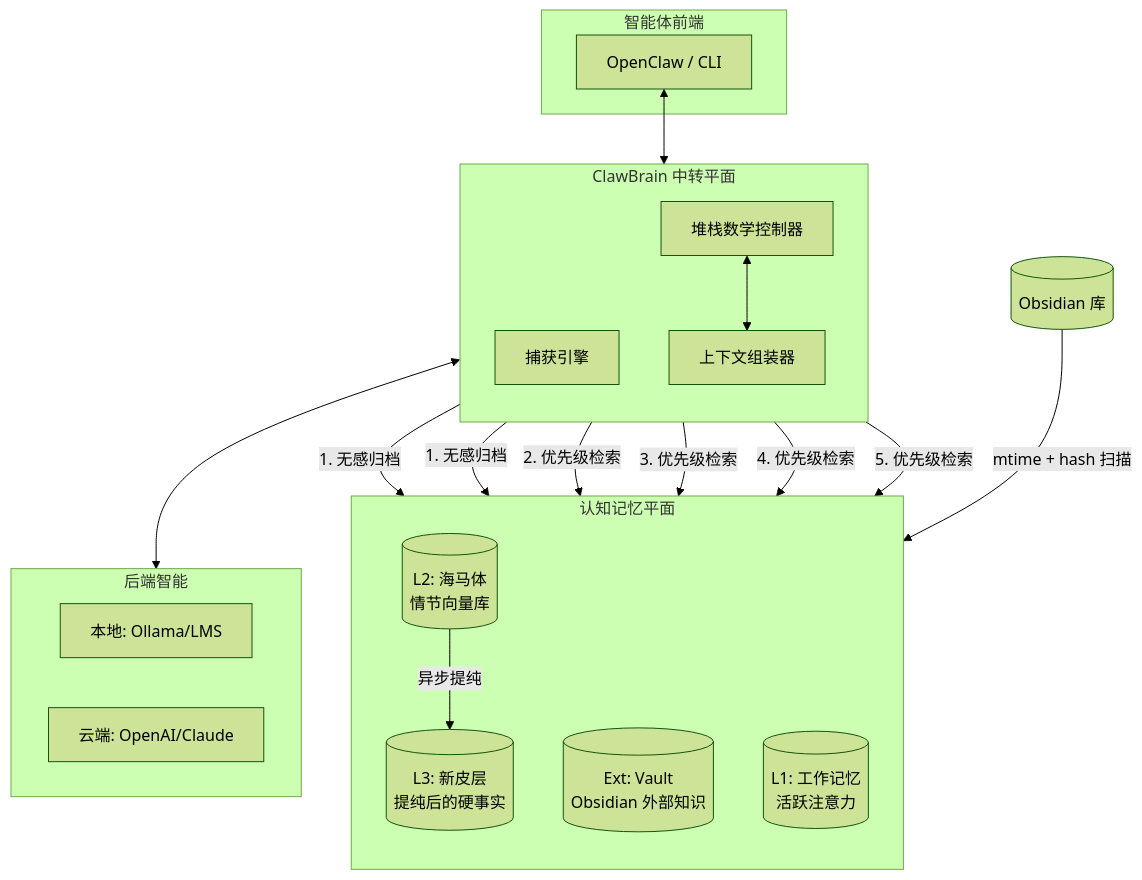
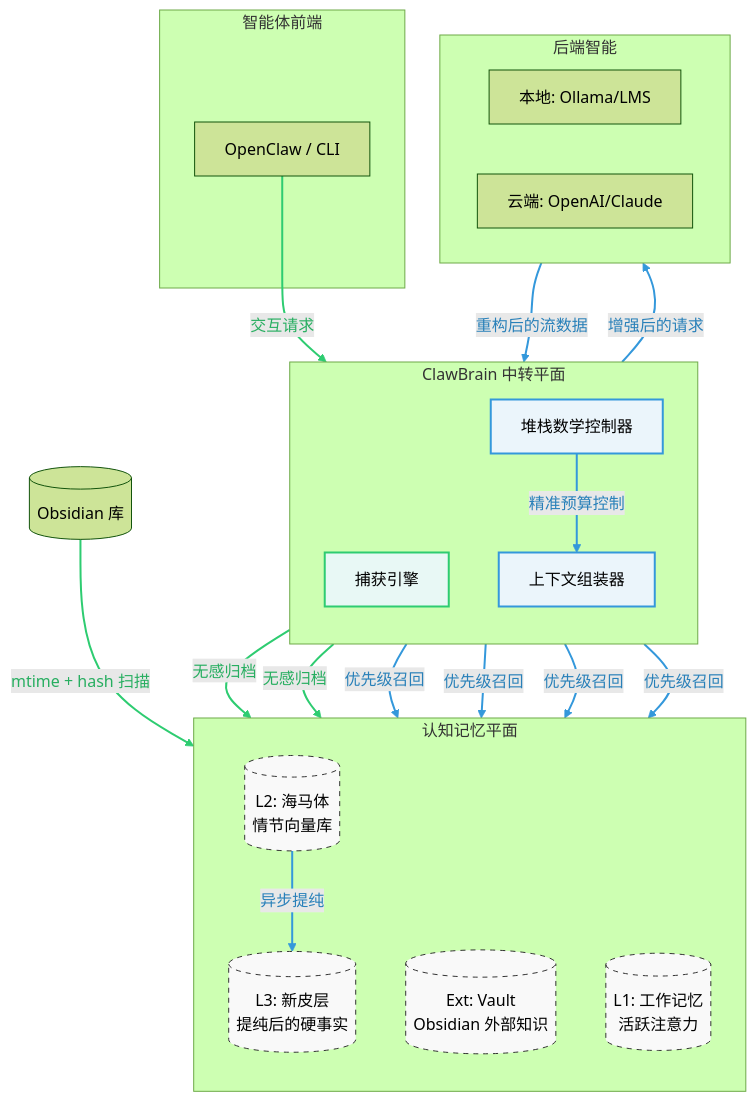
Before and after one commit to winnerineast/ClawBrain: the diagram in README_CN.md, drawn with Mermaid (forest theme). The commit also changed 1 other file, not shown here.

Commit message:
docs: visualize dual-plane information flows in Mermaid architecture diagram

````diff
--- a/README_CN.md
+++ b/README_CN.md
@@ -110,39 +110,52 @@
 ```mermaid
 flowchart TB
+    %% 视觉区分样式定义
+    classDef capture stroke:#2ecc71,stroke-width:2px,fill:#e8f8f5
+    classDef cognitive stroke:#3498db,stroke-width:2px,fill:#ebf5fb
+    classDef storage fill:#f9f9f9,stroke:#333,stroke-dasharray: 5 5
+
     subgraph Client [智能体前端]
         OC[OpenClaw / CLI]
     end
 
     subgraph Relay [ClawBrain 中转平面]
         direction TB
-        Ingest[捕获引擎]
-        Assemble[上下文组装器]
-        Logic[堆栈数学控制器]
+        Ingest[捕获引擎]:::capture
+        Assemble[上下文组装器]:::cognitive
+        Logic[堆栈数学控制器]:::cognitive
     end
 
     subgraph Memory [认知记忆平面]
         direction TB
-        L3[(L3: 新皮层\n提纯后的硬事实)]
-        Ext[(Ext: Vault\nObsidian 外部知识)]
-        L1[(L1: 工作记忆\n活跃注意力)]
-        L2[(L2: 海马体\n情节向量库)]
+        L3[(L3: 新皮层\n提纯后的硬事实)]:::storage
+        Ext[(Ext: Vault\nObsidian 外部知识)]:::storage
+        L1[(L1: 工作记忆\n活跃注意力)]:::storage
+        L2[(L2: 海马体\n情节向量库)]:::storage
     end
 
     subgraph LLM [后端智能]
         Ollama[本地: Ollama/LMS]
         Cloud[云端: OpenAI/Claude]
     end
 
-    OC <--> Ingest
-    Ingest -- "1. 无感归档" --> L1 & L2
-    Assemble -- "2. 优先级检索" --> L3
-    Assemble -- "3. 优先级检索" --> Ext
-    Assemble -- "4. 优先级检索" --> L1
-    Assemble -- "5. 优先级检索" --> L2
-    
-    L2 -- "异步提纯" --> L3
+    %% 1. 记忆捕获流 (信息如何进入 ClawBrain)
+    OC -- "交互请求" --> Ingest
+    Ingest -- "无感归档" --> L1
+    Ingest -- "无感归档" --> L2
     LocalFiles[(Obsidian 库)] -- "mtime + hash 扫描" --> Ext
     
-    Logic <--> Assemble
-    Assemble <--> LLM
+    %% 2. 认知与检索流 (内部处理与上下文优化)
+    L2 -- "异步提纯" --> L3
+    Assemble -- "优先级召回" --> L3
+    Assemble -- "优先级召回" --> Ext
+    Assemble -- "优先级召回" --> L1
+    Assemble -- "优先级召回" --> L2
+    
+    Logic -- "精准预算控制" --> Assemble
+    Assemble -- "增强后的请求" --> LLM
+    LLM -- "重构后的流数据" --> Ingest
+
+    %% 为不同流应用连线颜色
+    linkStyle 0,1,2,3 stroke:#2ecc71,stroke-width:2px,color:#27ae60
+    linkStyle 4,5,6,7,8,9,10,11 stroke:#3498db,stroke-width:2px,color:#2980b9
 ```
````
